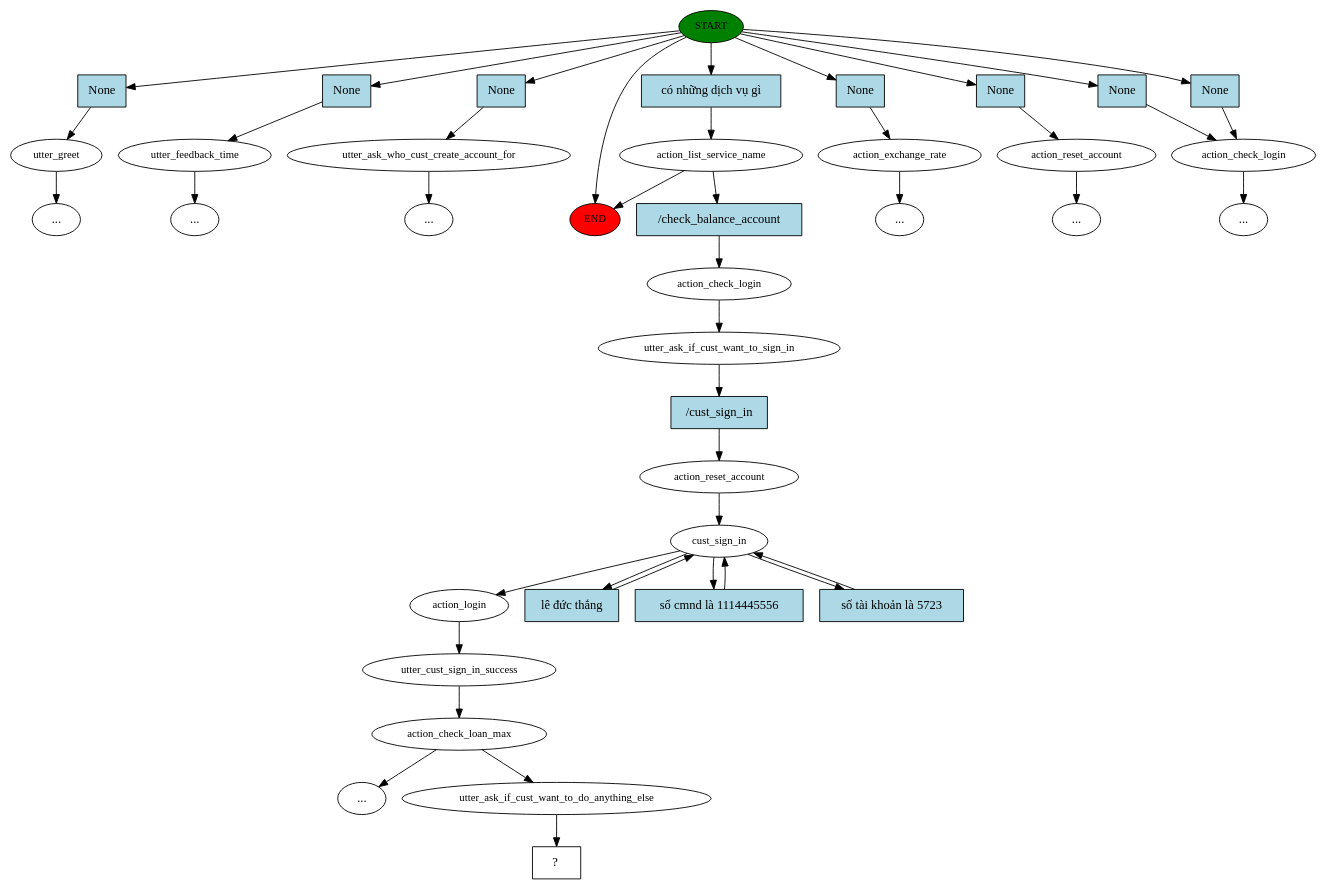
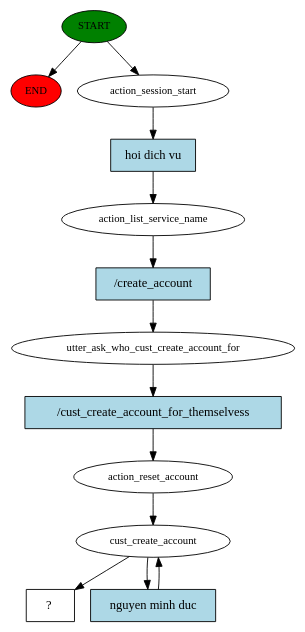
One commit to thangld2703/rasachatbot changed the diagram in story_graph.dot. Above: the diagram before and after it, drawn with Graphviz. The commit also changed 24 other files, not shown here.

```diff
--- a/story_graph.dot
+++ b/story_graph.dot
@@ -1,82 +1,26 @@
 digraph  {
 0 [class="start active", fillcolor=green, fontsize=12, label=START, style=filled];
 "-1" [class=end, fillcolor=red, fontsize=12, label=END, style=filled];
-1 [class="", fontsize=12, label=utter_greet];
-"-4" [class=ellipsis, label="..."];
-3 [class="", fontsize=12, label=utter_feedback_time];
-"-5" [class=ellipsis, label="..."];
-4 [class="", fontsize=12, label=utter_ask_who_cust_create_account_for];
-10 [class="", fontsize=12, label=action_exchange_rate];
-11 [class=active, fontsize=12, label=action_list_service_name];
-"-13" [class=ellipsis, label="..."];
-"-16" [class=ellipsis, label="..."];
-16 [class="", fontsize=12, label=action_reset_account];
-"-18" [class=ellipsis, label="..."];
-18 [class="", fontsize=12, label=action_check_login];
-"-29" [class=ellipsis, label="..."];
-30 [class=active, fontsize=12, label=action_check_login];
-31 [class=active, fontsize=12, label=utter_ask_if_cust_want_to_sign_in];
-32 [class=active, fontsize=12, label=action_reset_account];
-33 [class=active, fontsize=12, label=cust_sign_in];
-34 [class=active, fontsize=12, label=action_login];
-35 [class=active, fontsize=12, label=utter_cust_sign_in_success];
-36 [class=active, fontsize=12, label=action_check_loan_max];
-"-30" [class=ellipsis, label="..."];
-49 [class=active, fontsize=12, label=utter_ask_if_cust_want_to_do_anything_else];
-50 [class="intent dashed active", label="  ?  ", shape=rect];
-51 [class=intent, fillcolor=lightblue, label=None, shape=rect, style=filled];
-52 [class=intent, fillcolor=lightblue, label=None, shape=rect, style=filled];
-53 [class=intent, fillcolor=lightblue, label=None, shape=rect, style=filled];
-54 [class=intent, fillcolor=lightblue, label=None, shape=rect, style=filled];
-55 [class="intent active", fillcolor=lightblue, label="có những dịch vụ gì", shape=rect, style=filled];
-56 [class=intent, fillcolor=lightblue, label=None, shape=rect, style=filled];
-57 [class=intent, fillcolor=lightblue, label=None, shape=rect, style=filled];
-58 [class=intent, fillcolor=lightblue, label=None, shape=rect, style=filled];
-59 [class="intent active", fillcolor=lightblue, label="/check_balance_account", shape=rect, style=filled];
-60 [class="intent active", fillcolor=lightblue, label="/cust_sign_in", shape=rect, style=filled];
-61 [class="intent active", fillcolor=lightblue, label="lê đức thắng", shape=rect, style=filled];
-62 [class="intent active", fillcolor=lightblue, label="số cmnd là 1114445556", shape=rect, style=filled];
-63 [class="intent active", fillcolor=lightblue, label="số tài khoản là 5723", shape=rect, style=filled];
+1 [class=active, fontsize=12, label=action_session_start];
+2 [class=active, fontsize=12, label=action_list_service_name];
+3 [class=active, fontsize=12, label=utter_ask_who_cust_create_account_for];
+4 [class=active, fontsize=12, label=action_reset_account];
+5 [class=active, fontsize=12, label=cust_create_account];
+7 [class="intent dashed active", label="  ?  ", shape=rect];
+8 [class="intent active", fillcolor=lightblue, label="hoi dich vu", shape=rect, style=filled];
+9 [class="intent active", fillcolor=lightblue, label="/create_account", shape=rect, style=filled];
+10 [class="intent active", fillcolor=lightblue, label="/cust_create_account_for_themselvess", shape=rect, style=filled];
+11 [class="intent active", fillcolor=lightblue, label="nguyen minh duc", shape=rect, style=filled];
 0 -> "-1"  [class="", key=NONE, label=""];
-0 -> 51  [class="", key=0];
-0 -> 52  [class="", key=0];
-0 -> 53  [class="", key=0];
-0 -> 54  [class="", key=0];
-0 -> 55  [class=active, key=0];
-0 -> 56  [class="", key=0];
-0 -> 57  [class="", key=0];
-0 -> 58  [class="", key=0];
-1 -> "-4"  [class="", key=NONE, label=""];
-3 -> "-5"  [class="", key=NONE, label=""];
-4 -> "-16"  [class="", key=NONE, label=""];
-10 -> "-13"  [class="", key=NONE, label=""];
-11 -> "-1"  [class="", key=NONE, label=""];
-11 -> 59  [class=active, key=0];
-16 -> "-18"  [class="", key=NONE, label=""];
-18 -> "-29"  [class="", key=NONE, label=""];
-30 -> 31  [class=active, key=NONE, label=""];
-31 -> 60  [class=active, key=0];
-32 -> 33  [class=active, key=NONE, label=""];
-33 -> 34  [class=active, key=NONE, label=""];
-33 -> 61  [class=active, key=0];
-33 -> 62  [class=active, key=0];
-33 -> 63  [class=active, key=0];
-34 -> 35  [class=active, key=NONE, label=""];
-35 -> 36  [class=active, key=NONE, label=""];
-36 -> "-30"  [class="", key=NONE, label=""];
-36 -> 49  [class=active, key=NONE, label=""];
-49 -> 50  [class=active, key=NONE, label=""];
-51 -> 1  [class="", key=0];
-52 -> 3  [class="", key=0];
-53 -> 4  [class="", key=0];
-54 -> 10  [class="", key=0];
-55 -> 11  [class=active, key=0];
-56 -> 16  [class="", key=0];
-57 -> 18  [class="", key=0];
-58 -> 18  [class="", key=0];
-59 -> 30  [class=active, key=0];
-60 -> 32  [class=active, key=0];
-61 -> 33  [class=active, key=0];
-62 -> 33  [class=active, key=0];
-63 -> 33  [class=active, key=0];
+0 -> 1  [class=active, key=NONE, label=""];
+1 -> 8  [class=active, key=0];
+2 -> 9  [class=active, key=0];
+3 -> 10  [class=active, key=0];
+4 -> 5  [class=active, key=NONE, label=""];
+5 -> 7  [class=active, key=NONE, label=""];
+5 -> 11  [class=active, key=0];
+8 -> 2  [class=active, key=0];
+9 -> 3  [class=active, key=0];
+10 -> 4  [class=active, key=0];
+11 -> 5  [class=active, key=0];
 }
```
